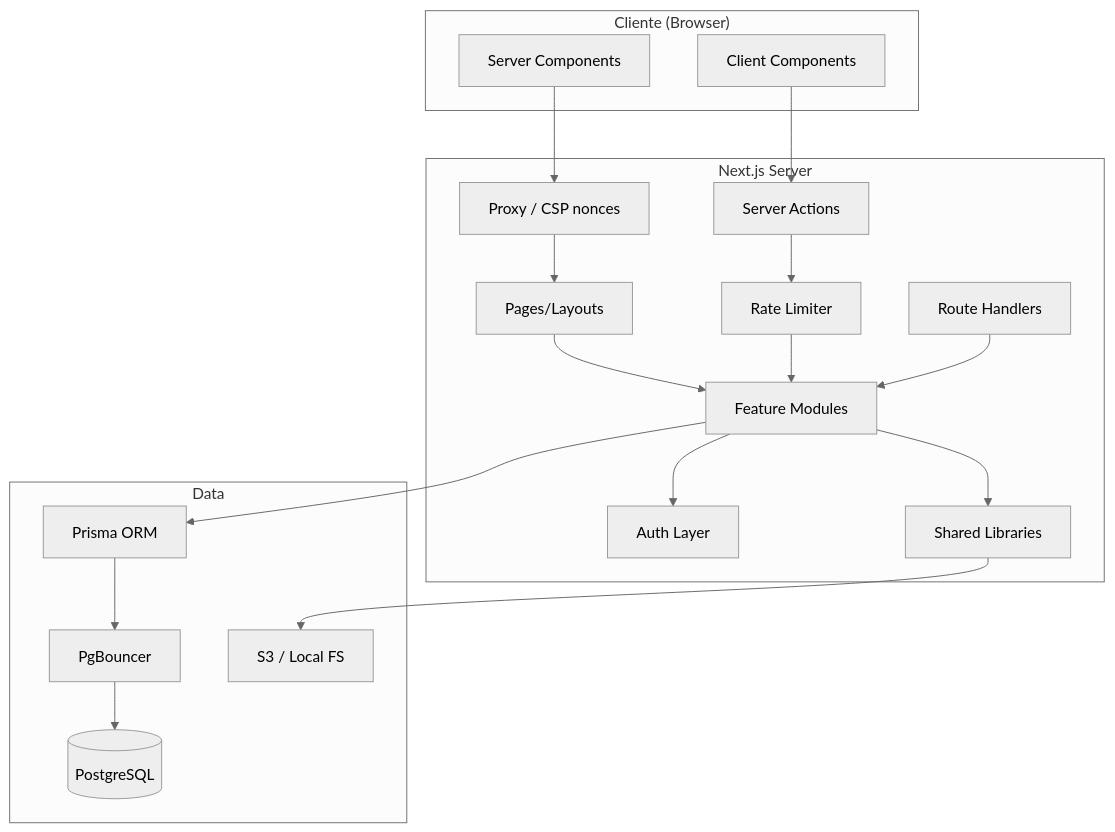
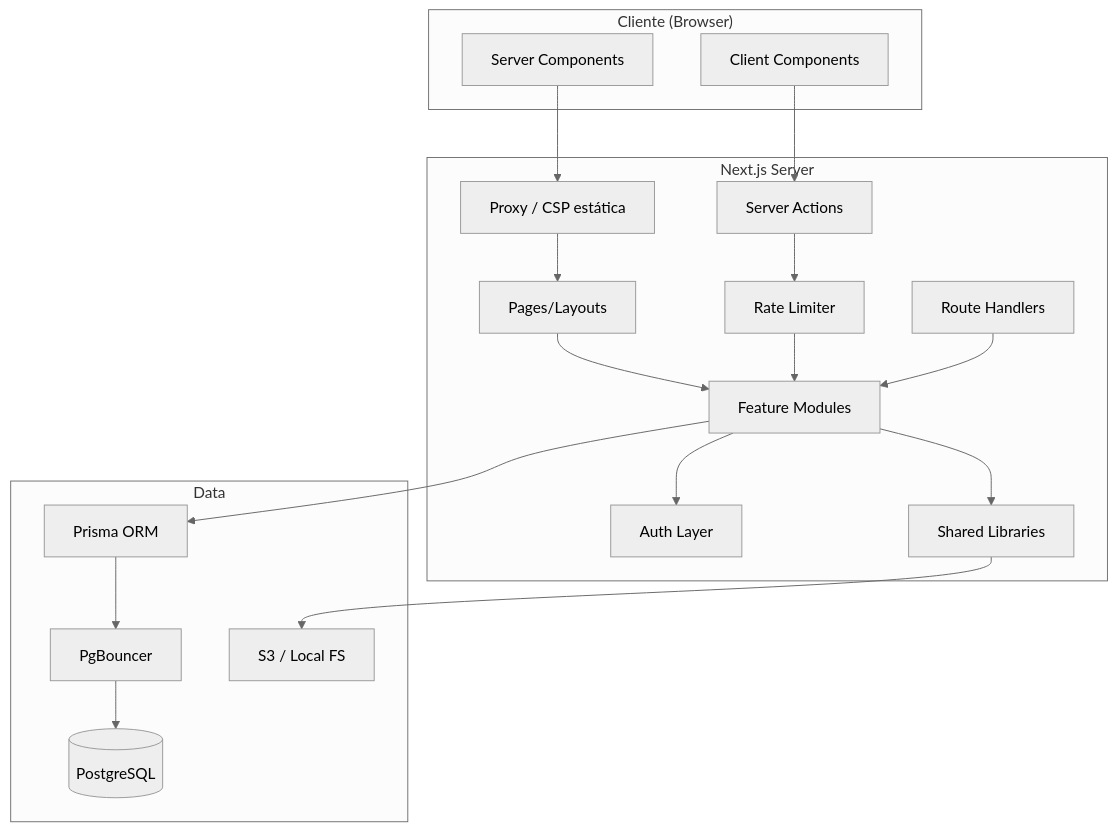
The diagram in docs/02-architecture.md (DiegoMartinezDeSanjuan/comunet), drawn with Mermaid (neutral theme) before and after one commit. The commit also changed other lines of this file and 7 other files, not shown here.

Commit message:
docs: add security, testing, and roadmap documentation, implement receipt generation page, add cache configuration, and include k6 load testing script.

````diff
--- a/docs/02-architecture.md
+++ b/docs/02-architecture.md
@@ -29,37 +30,37 @@
 ```mermaid
 graph TB
     subgraph "Cliente (Browser)"
         SC[Server Components]
         CC[Client Components]
     end
     subgraph "Next.js Server"
-        Proxy[Proxy / CSP nonces]
+        Proxy[Proxy / CSP estática]
         Pages[Pages/Layouts]
         SA[Server Actions]
         RH[Route Handlers]
         Modules[Feature Modules]
         Auth[Auth Layer]
         RL[Rate Limiter]
         Lib[Shared Libraries]
     end
     subgraph "Data"
         Prisma[Prisma ORM]
         PGB[PgBouncer]
         PG[(PostgreSQL)]
         Storage[S3 / Local FS]
     end
     
     SC --> Proxy
     CC --> SA
     Proxy --> Pages
     Pages --> Modules
     SA --> RL
     RL --> Modules
     RH --> Modules
     Modules --> Auth
     Modules --> Lib
     Modules --> Prisma
     Prisma --> PGB
     PGB --> PG
     Lib --> Storage
 ```
````
